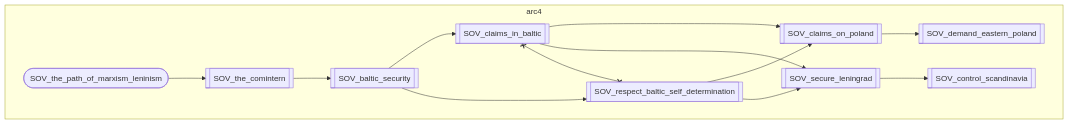
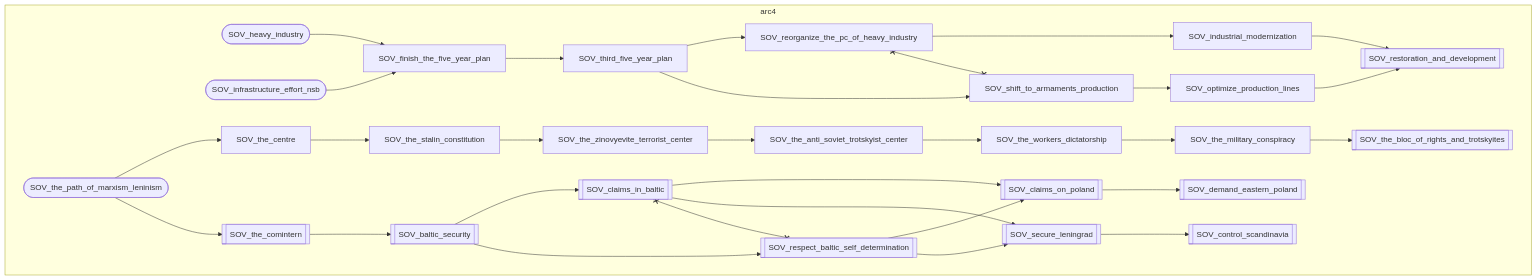
One commit to evgeny-sobol/hoi4-sandbox-mode changed the fourth of 5 diagrams in docs/gdd/Scenarios Catalog.md. Above: the diagram before and after it, drawn with Mermaid. The commit also changed other lines of this file and 3 other files, not shown here.

````diff
--- a/docs/gdd/Scenarios Catalog.md
+++ b/docs/gdd/Scenarios Catalog.md
@@ -284,25 +284,58 @@
 ```mermaid
 flowchart TD
     subgraph arc4
         SOV_baltic_security[["SOV_baltic_security"]]
         SOV_claims_in_baltic[["SOV_claims_in_baltic"]]
         SOV_claims_on_poland[["SOV_claims_on_poland"]]
         SOV_control_scandinavia[["SOV_control_scandinavia"]]
         SOV_demand_eastern_poland[["SOV_demand_eastern_poland"]]
+        SOV_finish_the_five_year_plan["SOV_finish_the_five_year_plan"]
+        SOV_heavy_industry(["SOV_heavy_industry"])
+        SOV_industrial_modernization["SOV_industrial_modernization"]
+        SOV_infrastructure_effort_nsb(["SOV_infrastructure_effort_nsb"])
+        SOV_optimize_production_lines["SOV_optimize_production_lines"]
+        SOV_reorganize_the_pc_of_heavy_industry["SOV_reorganize_the_pc_of_heavy_industry"]
         SOV_respect_baltic_self_determination[["SOV_respect_baltic_self_determination"]]
+        SOV_restoration_and_development[["SOV_restoration_and_development"]]
         SOV_secure_leningrad[["SOV_secure_leningrad"]]
+        SOV_shift_to_armaments_production["SOV_shift_to_armaments_production"]
+        SOV_the_anti_soviet_trotskyist_center["SOV_the_anti_soviet_trotskyist_center"]
+        SOV_the_bloc_of_rights_and_trotskyites[["SOV_the_bloc_of_rights_and_trotskyites"]]
+        SOV_the_centre["SOV_the_centre"]
         SOV_the_comintern[["SOV_the_comintern"]]
+        SOV_the_military_conspiracy["SOV_the_military_conspiracy"]
         SOV_the_path_of_marxism_leninism(["SOV_the_path_of_marxism_leninism"])
+        SOV_the_stalin_constitution["SOV_the_stalin_constitution"]
+        SOV_the_workers_dictatorship["SOV_the_workers_dictatorship"]
+        SOV_the_zinovyevite_terrorist_center["SOV_the_zinovyevite_terrorist_center"]
+        SOV_third_five_year_plan["SOV_third_five_year_plan"]
         SOV_baltic_security --> SOV_claims_in_baltic
         SOV_baltic_security --> SOV_respect_baltic_self_determination
         SOV_claims_in_baltic --> SOV_claims_on_poland
         SOV_claims_in_baltic --> SOV_secure_leningrad
         SOV_claims_on_poland --> SOV_demand_eastern_poland
+        SOV_finish_the_five_year_plan --> SOV_third_five_year_plan
+        SOV_heavy_industry --> SOV_finish_the_five_year_plan
+        SOV_industrial_modernization --> SOV_restoration_and_development
+        SOV_infrastructure_effort_nsb --> SOV_finish_the_five_year_plan
+        SOV_optimize_production_lines --> SOV_restoration_and_development
+        SOV_reorganize_the_pc_of_heavy_industry --> SOV_industrial_modernization
         SOV_respect_baltic_self_determination --> SOV_claims_on_poland
         SOV_respect_baltic_self_determination --> SOV_secure_leningrad
         SOV_secure_leningrad --> SOV_control_scandinavia
+        SOV_shift_to_armaments_production --> SOV_optimize_production_lines
+        SOV_the_anti_soviet_trotskyist_center --> SOV_the_workers_dictatorship
+        SOV_the_centre --> SOV_the_stalin_constitution
         SOV_the_comintern --> SOV_baltic_security
+        SOV_the_military_conspiracy --> SOV_the_bloc_of_rights_and_trotskyites
+        SOV_the_path_of_marxism_leninism --> SOV_the_centre
         SOV_the_path_of_marxism_leninism --> SOV_the_comintern
+        SOV_the_stalin_constitution --> SOV_the_zinovyevite_terrorist_center
+        SOV_the_workers_dictatorship --> SOV_the_military_conspiracy
+        SOV_the_zinovyevite_terrorist_center --> SOV_the_anti_soviet_trotskyist_center
+        SOV_third_five_year_plan --> SOV_reorganize_the_pc_of_heavy_industry
+        SOV_third_five_year_plan --> SOV_shift_to_armaments_production
         SOV_claims_in_baltic x--x SOV_respect_baltic_self_determination
+        SOV_reorganize_the_pc_of_heavy_industry x--x SOV_shift_to_armaments_production
     end
 ```
````
